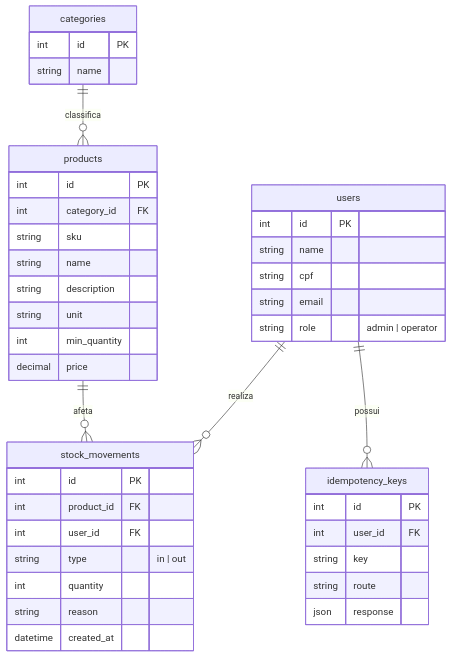
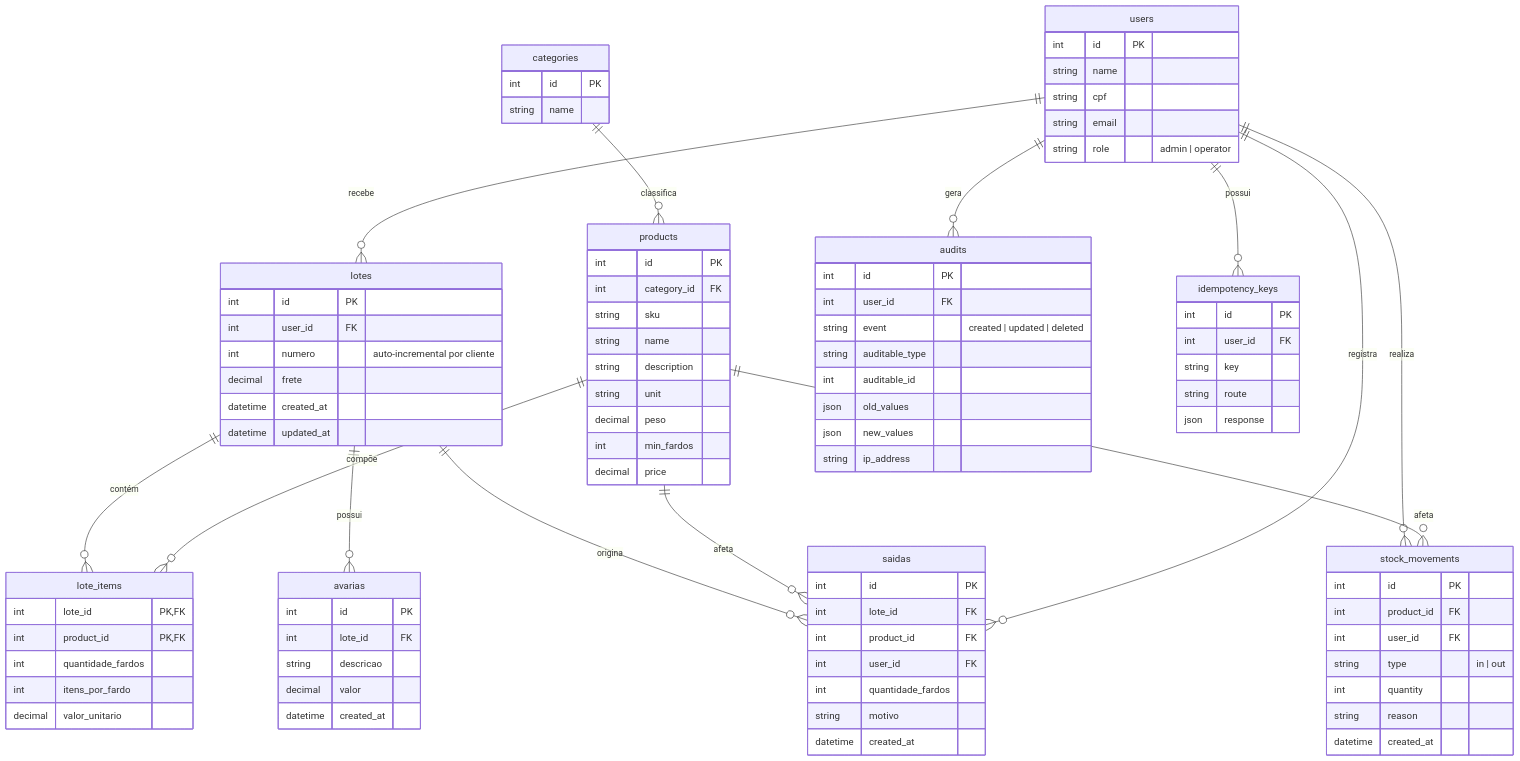
Before and after one commit to jonmferreira/desafio-php: the first of 4 diagrams in README.md, drawn with Mermaid. The commit also changed other lines of this file, not shown here.

First line of the commit message:
docs(readme): atualiza para modelo v2 (lotes/fardos) com diagramas Mermaid

````diff
--- a/README.md
+++ b/README.md
@@ -74,8 +76,57 @@
         string name
         string description
         string unit
-        int min_quantity
+        decimal peso
+        int min_fardos
         decimal price
+    }
+    lotes {
+        int id PK
+        int user_id FK
+        int numero "auto-incremental por cliente"
+        decimal frete
+        datetime created_at
+        datetime updated_at
+    }
+    lote_items {
+        int lote_id PK,FK
+        int product_id PK,FK
+        int quantidade_fardos
+        int itens_por_fardo
+        decimal valor_unitario
+    }
+    avarias {
+        int id PK
+        int lote_id FK
+        string descricao
+        decimal valor
+        datetime created_at
+    }
+    saidas {
+        int id PK
+        int lote_id FK
+        int product_id FK
+        int user_id FK
+        int quantidade_fardos
+        string motivo
+        datetime created_at
+    }
+    audits {
+        int id PK
+        int user_id FK
+        string event "created | updated | deleted"
+        string auditable_type
+        int auditable_id
+        json old_values
+        json new_values
+        string ip_address
+    }
+    idempotency_keys {
+        int id PK
+        int user_id FK
+        string key
+        string route
+        json response
     }
     stock_movements {
         int id PK
@@ -86,16 +137,17 @@
         string reason
         datetime created_at
     }
-    idempotency_keys {
-        int id PK
-        int user_id FK
-        string key
-        string route
-        json response
-    }
 
+    users       ||--o{ lotes              : "recebe"
+    lotes       ||--o{ lote_items         : "contém"
+    products    ||--o{ lote_items         : "compõe"
+    lotes       ||--o{ avarias            : "possui"
+    lotes       ||--o{ saidas             : "origina"
+    products    ||--o{ saidas             : "afeta"
+    users       ||--o{ saidas             : "registra"
+    categories  ||--o{ products           : "classifica"
+    users       ||--o{ idempotency_keys   : "possui"
+    users       ||--o{ audits             : "gera"
     users       ||--o{ stock_movements    : "realiza"
     products    ||--o{ stock_movements    : "afeta"
-    categories  ||--o{ products           : "classifica"
-    users       ||--o{ idempotency_keys   : "possui"
 ```
````
